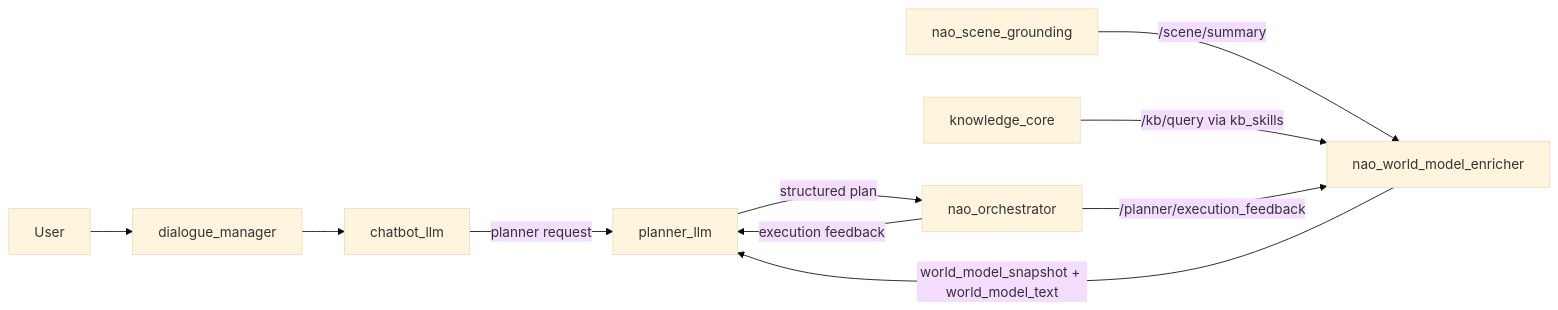
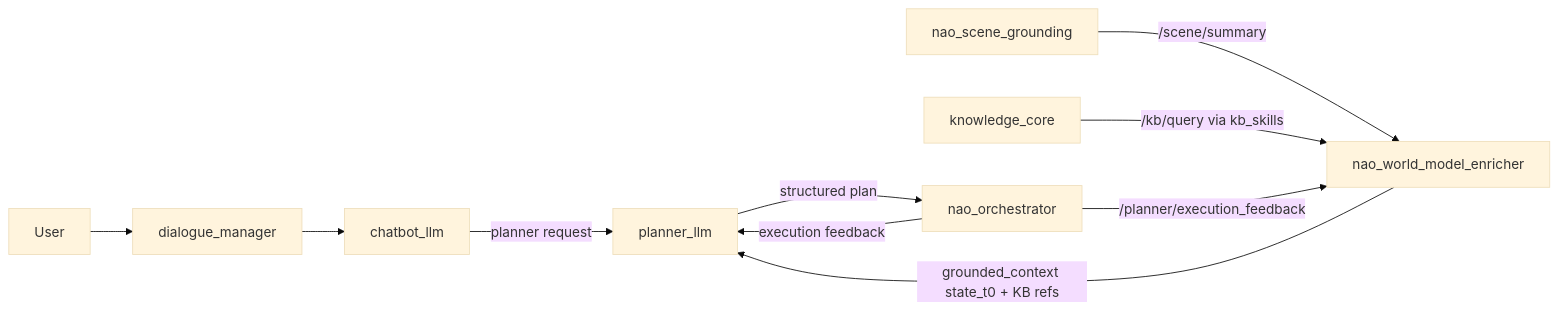
Before and after one commit to ieverythng/nao-ros4hri-bridge: the diagram in docs/artifacts/planner_phase_d_handoff.md, drawn with Mermaid (base theme). The commit also changed other lines of this file and 5 other files, not shown here.

````diff
--- a/docs/artifacts/planner_phase_d_handoff.md
+++ b/docs/artifacts/planner_phase_d_handoff.md
@@ -51,14 +55,14 @@
 ```mermaid
 flowchart LR
     user[User] --> dm[dialogue_manager]
     dm --> chatbot[chatbot_llm]
     chatbot -->|planner request| planner[planner_llm]
 
     grounding[nao_scene_grounding] -->|/scene/summary| wme[nao_world_model_enricher]
     kb[knowledge_core] -->|/kb/query via kb_skills| wme
     orch[nao_orchestrator] -->|/planner/execution_feedback| wme
 
-    wme -->|world_model_snapshot + world_model_text| planner
+    wme -->|grounded_context state_t0 + KB refs| planner
     planner -->|structured plan| orch
     orch -->|execution feedback| planner
 ```
````
